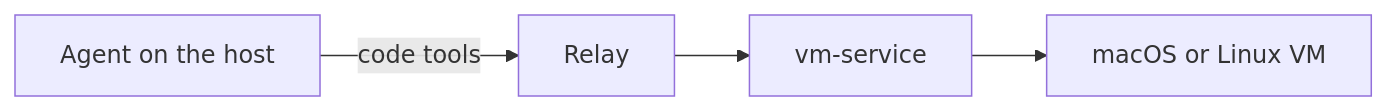
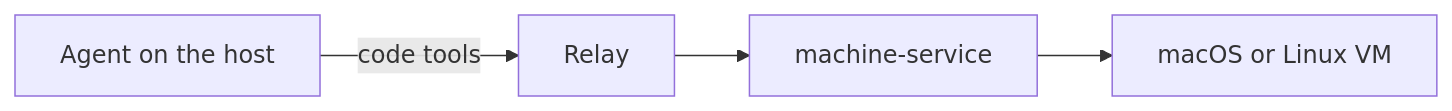
One commit to WeZZard/mcp-relay changed the diagram in docs/guest-code-runs.md. Above: the diagram before and after it, drawn with Mermaid. The commit also changed other lines of this file and 10 other files, not shown here.

First line of the commit message:
docs: the relay's backend is machine-service, vm-service renamed (DC-27)

````diff
--- a/docs/guest-code-runs.md
+++ b/docs/guest-code-runs.md
@@ -13,5 +13,5 @@
 ```mermaid
 flowchart LR
   A[Agent on the host] -->|code tools| R[Relay]
-  R --> VS[vm-service] --> VM[macOS or Linux VM]
+  R --> VS[machine-service] --> VM[macOS or Linux VM]
 ```
````
